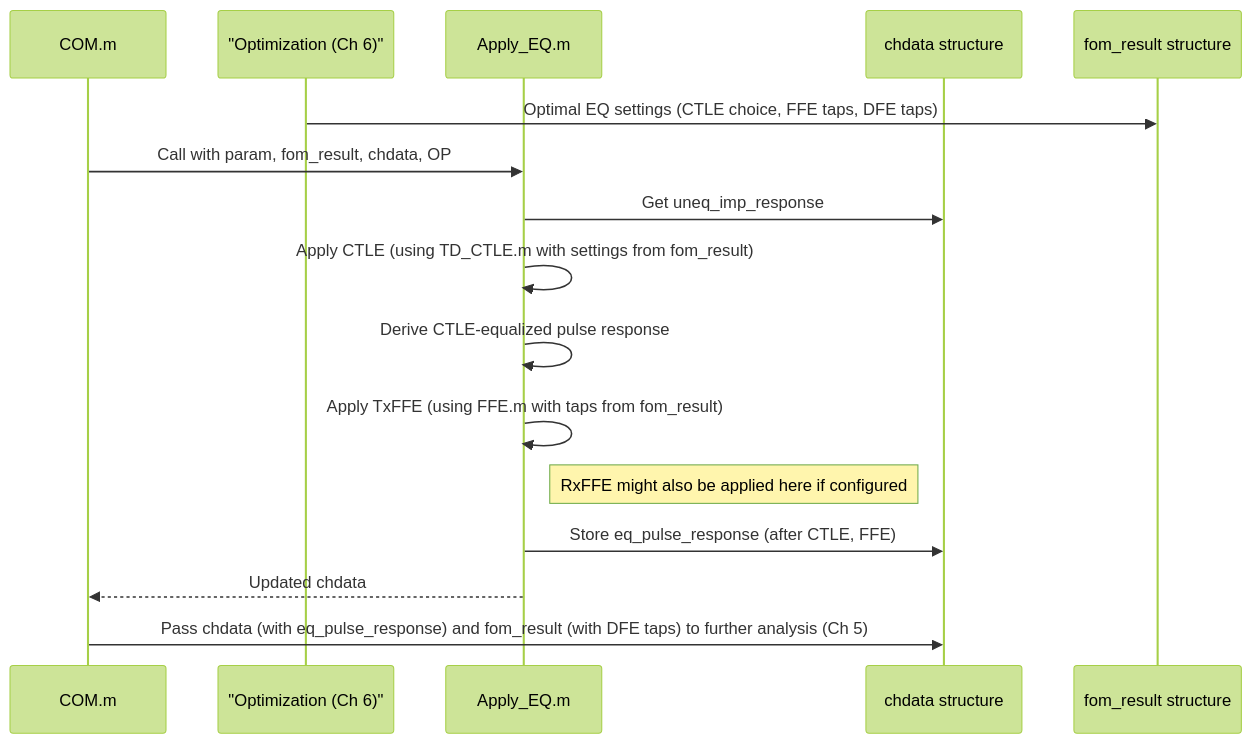
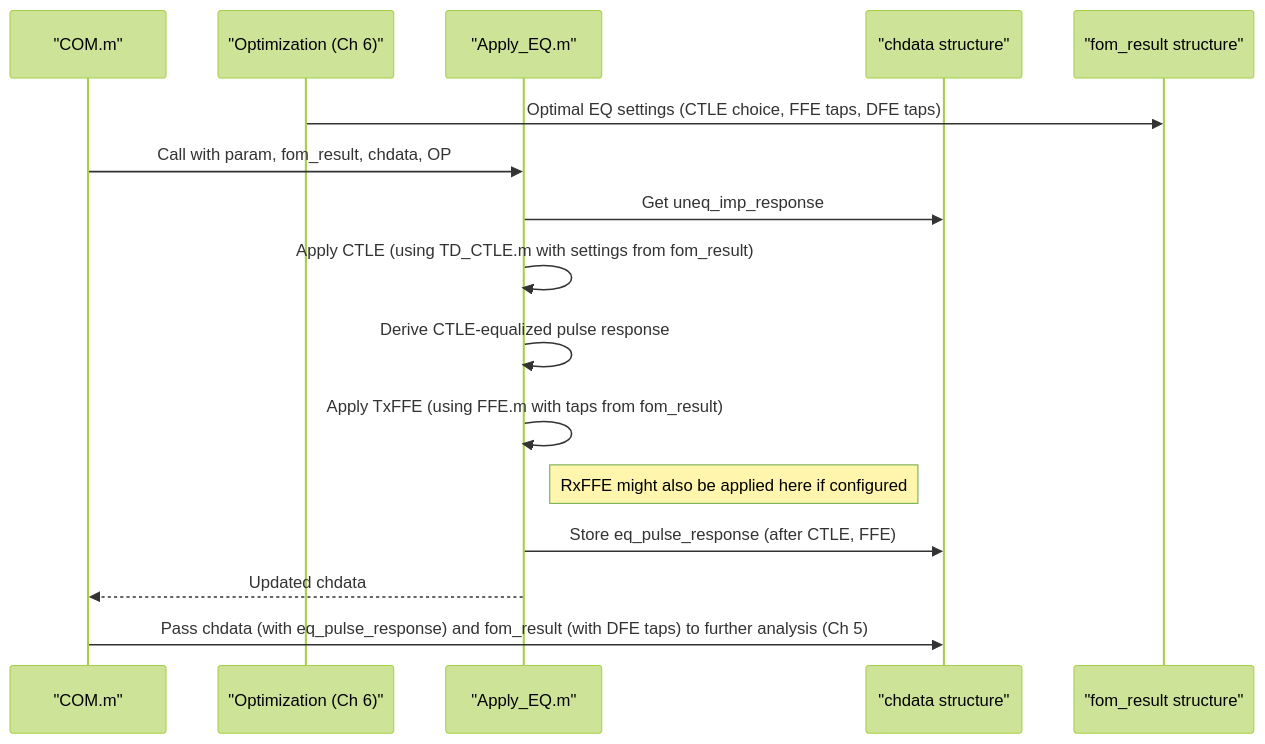
Before and after one commit to jueshi/PocketFlow-Tutorial-Codebase-Knowledge: the second of 2 diagrams in output/com_code/04_signal_equalization_engine_.md, drawn with Mermaid (forest theme). The commit also changed other lines of this file and 282 other files, not shown here.

````diff
--- a/output/com_code/04_signal_equalization_engine_.md
+++ b/output/com_code/04_signal_equalization_engine_.md
@@ -86,19 +86,19 @@
 ```mermaid
 sequenceDiagram
-    participant MainScript as COM.m
+    participant MainScript as "COM.m"
     participant Optimizer as "Optimization (Ch 6)"
-    participant ApplyEQ as Apply_EQ.m
-    participant ChData as chdata structure
-    participant FOMResult as fom_result structure
+    participant ApplyEQ as "Apply_EQ.m"
+    participant ChData as "chdata structure"
+    participant FOMResult as "fom_result structure"
 
     Optimizer->>FOMResult: Optimal EQ settings (CTLE choice, FFE taps, DFE taps)
     MainScript->>ApplyEQ: Call with param, fom_result, chdata, OP
     ApplyEQ->>ChData: Get uneq_imp_response
     ApplyEQ->>ApplyEQ: Apply CTLE (using TD_CTLE.m with settings from fom_result)
     ApplyEQ->>ApplyEQ: Derive CTLE-equalized pulse response
     ApplyEQ->>ApplyEQ: Apply TxFFE (using FFE.m with taps from fom_result)
     Note right of ApplyEQ: RxFFE might also be applied here if configured
     ApplyEQ->>ChData: Store eq_pulse_response (after CTLE, FFE)
     ApplyEQ-->>MainScript: Updated chdata
     MainScript->>ChData: Pass chdata (with eq_pulse_response) and fom_result (with DFE taps) to further analysis (Ch 5)
 ```
````
